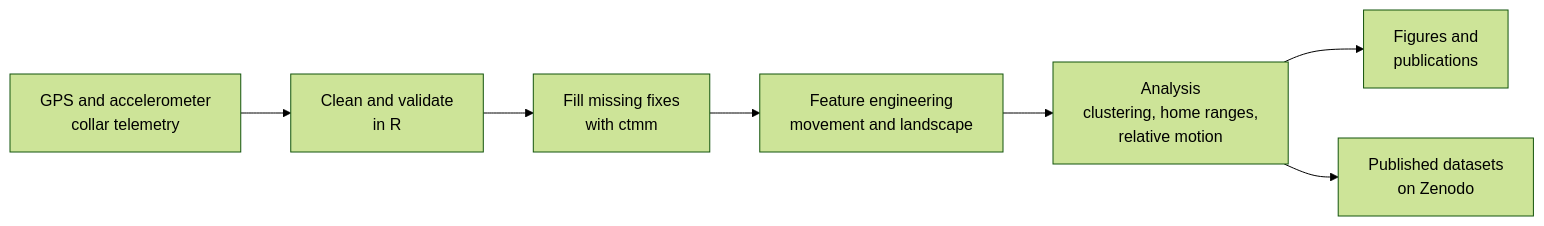
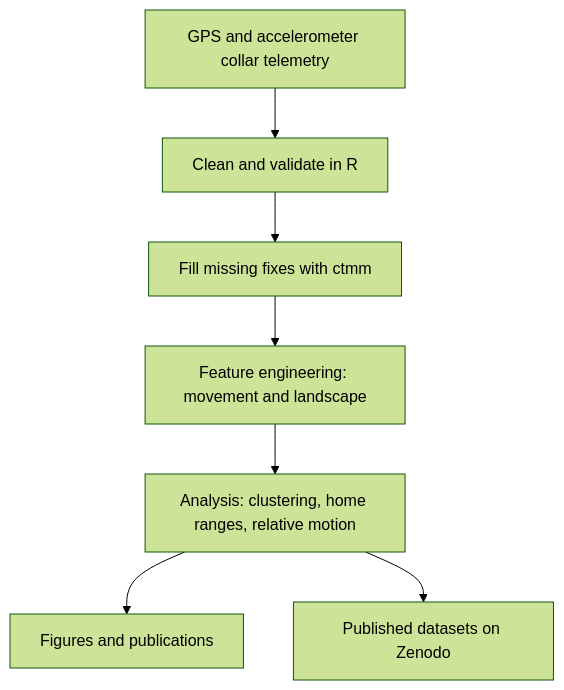
One commit to HappyHackingOrange/Wildlife-Behavior-Classification changed the diagram in README.md. Above: the diagram before and after it, drawn with Mermaid (forest theme). The commit also changed 1 other file, not shown here.

Commit message:
Stack the pipeline diagram vertically and add a white margin to the map figure

````diff
--- a/README.md
+++ b/README.md
@@ -30,9 +30,9 @@
 ```mermaid
-flowchart LR
-    A[GPS and accelerometer<br/>collar telemetry] --> B[Clean and validate<br/>in R]
-    B --> C[Fill missing fixes<br/>with ctmm]
-    C --> D[Feature engineering<br/>movement and landscape]
-    D --> E[Analysis<br/>clustering, home ranges,<br/>relative motion]
-    E --> F[Figures and<br/>publications]
-    E --> G[Published datasets<br/>on Zenodo]
+flowchart TB
+    A[GPS and accelerometer collar telemetry] --> B[Clean and validate in R]
+    B --> C[Fill missing fixes with ctmm]
+    C --> D[Feature engineering: movement and landscape]
+    D --> E[Analysis: clustering, home ranges, relative motion]
+    E --> F[Figures and publications]
+    E --> G[Published datasets on Zenodo]
 ```
````
